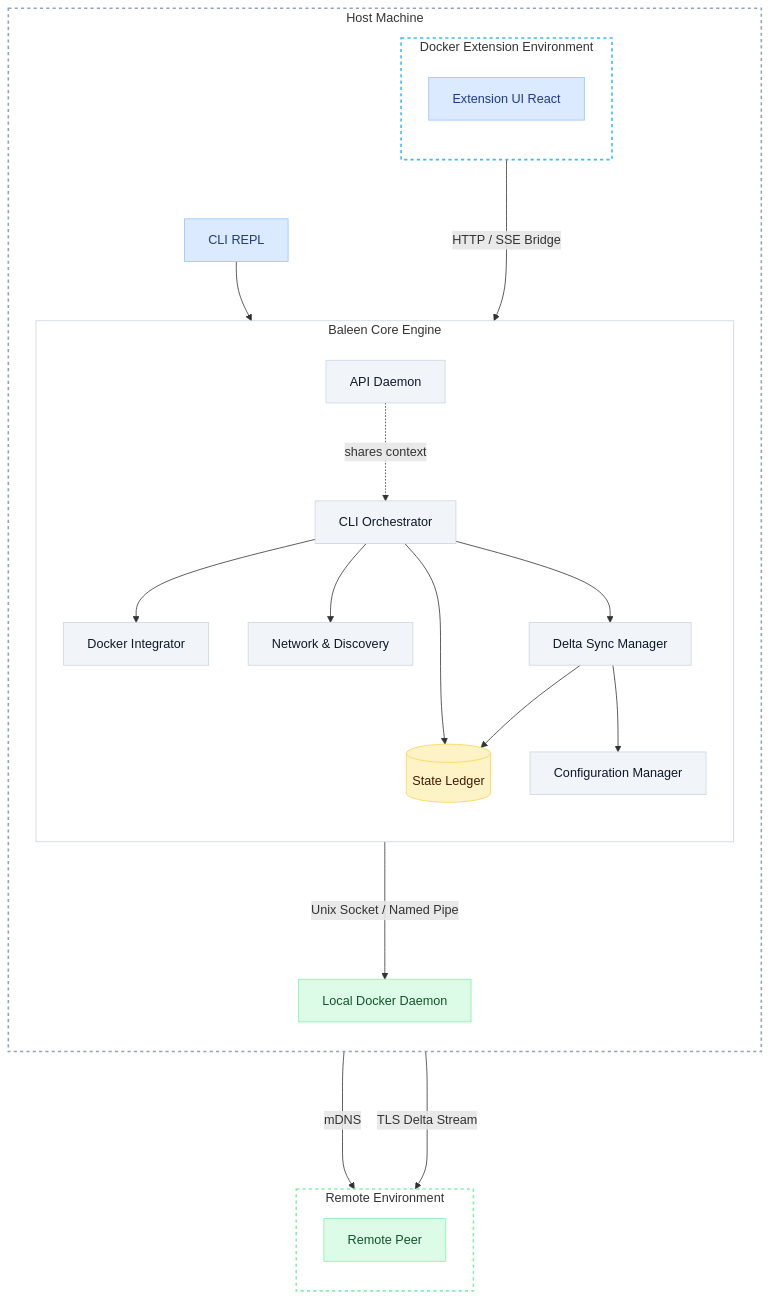
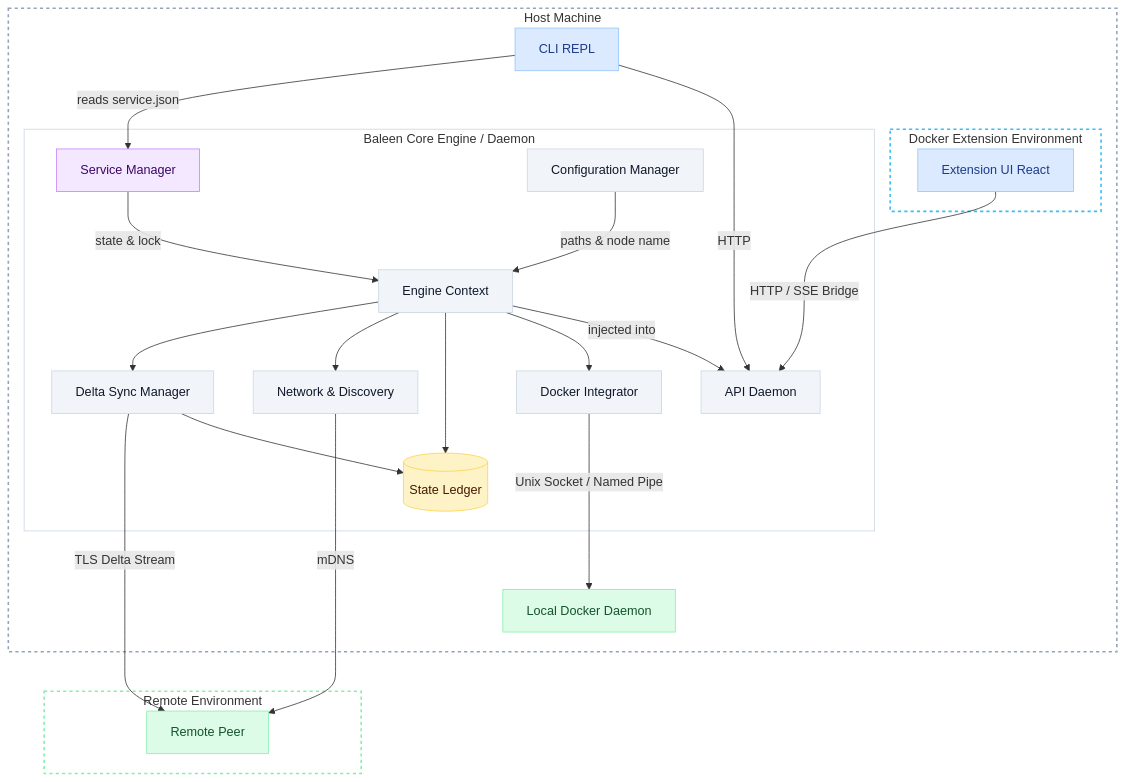
Before and after one commit to BGYKanishka/baleen-engine: the diagram in README.md, drawn with Mermaid. The commit also changed other lines of this file, not shown here.

Commit message:
docs: update architecture diagram to reflect correct HTTP bindings and service lifecycle

````diff
--- a/README.md
+++ b/README.md
@@ -31,62 +31,70 @@
 ```mermaid
 graph TD
     %% Node Styling (Muted, professional colors)
     classDef ui fill:#dbeafe,stroke:#93c5fd,color:#1e3a8a;
     classDef core fill:#f1f5f9,stroke:#cbd5e1,color:#0f172a;
     classDef db fill:#fef3c7,stroke:#fcd34d,color:#451a03;
     classDef ext fill:#dcfce7,stroke:#86efac,color:#14532d;
+    classDef svc fill:#f3e8ff,stroke:#c084fc,color:#3b0764;
 
     %% Environment Boundaries Styling
     style DockerExt fill:none,stroke:#38bdf8,stroke-width:2px,stroke-dasharray: 4 4
     style HostOS fill:none,stroke:#94a3b8,stroke-width:2px,stroke-dasharray: 4 4
     style Core fill:none,stroke:#cbd5e1,stroke-width:1px
     style RemoteMachine fill:none,stroke:#86efac,stroke-width:2px,stroke-dasharray: 4 4
 
     subgraph HostOS [Host Machine]
-        direction TB
         CLI[CLI REPL]:::ui
 
         subgraph DockerExt [Docker Extension Environment]
-            direction TB
             UI[Extension UI React]:::ui
         end
 
-        subgraph Core [Baleen Core Engine]
-            direction TB
+        subgraph Core [Baleen Core Engine / Daemon]
+            Service[Service Manager]:::svc
             API[API Daemon]:::core
-            CLI_PKG[CLI Orchestrator]:::core
+            EngineCtx[Engine Context]:::core
             Net[Network & Discovery]:::core
             Trans[Delta Sync Manager]:::core
             Doc[Docker Integrator]:::core
             Ledger[(State Ledger)]:::db
             Config[Configuration Manager]:::core
         end
 
         Daemon[Local Docker Daemon]:::ext
     end
 
     subgraph RemoteMachine [Remote Environment]
-        direction TB
         Peer[Remote Peer]:::ext
     end
 
-    %% Environment Crossing
+    %% UI & CLI connect to API via HTTP
     UI --->|HTTP / SSE Bridge| API
+    CLI --->|HTTP| API
 
-    %% Internal Host connections
-    CLI --> CLI_PKG
-    API -.->|shares context| CLI_PKG
+    %% CLI reads daemon state (port, token) from Service Manager
+    CLI -->|reads service.json| Service
 
-    CLI_PKG --> Doc
-    CLI_PKG --> Ledger
-    CLI_PKG --> Net
-    CLI_PKG --> Trans
+    %% Startup: Config & Service bootstrap the Engine Context
+    Config -->|paths & node name| EngineCtx
+    Service -->|state & lock| EngineCtx
 
-    Trans --> Config
+    %% EngineContext is injected into the API at startup (not the other way around)
+    EngineCtx -->|injected into| API
+
+    %% EngineContext wires all subsystems together
+    EngineCtx --> Doc
+    EngineCtx --> Ledger
+    EngineCtx --> Net
+    EngineCtx --> Trans
+
+    %% Transfer reads/writes Ledger for hashing and history
     Trans --> Ledger
+
+    %% Docker Integrator talks to local Docker Daemon
     Doc --->|Unix Socket / Named Pipe| Daemon
 
     %% Network Connections
     Net ---->|mDNS| Peer
     Trans ---->|TLS Delta Stream| Peer
 ```
````
